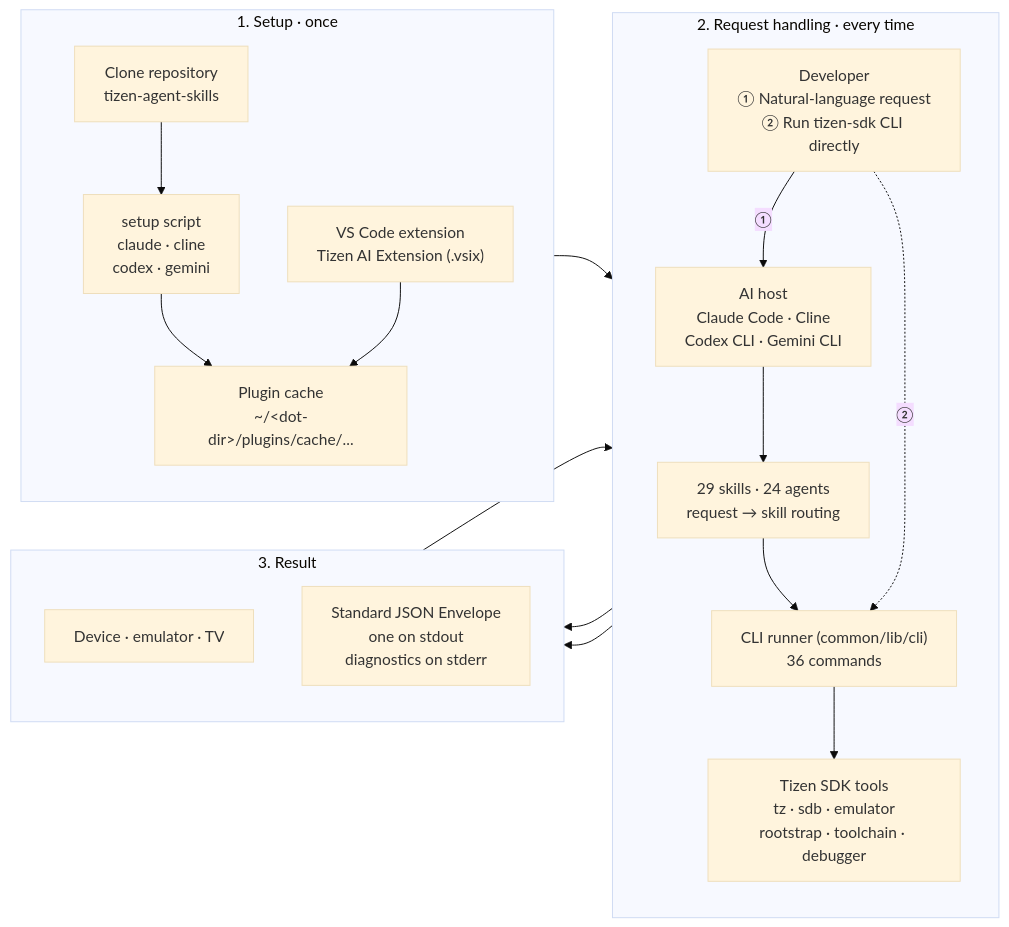
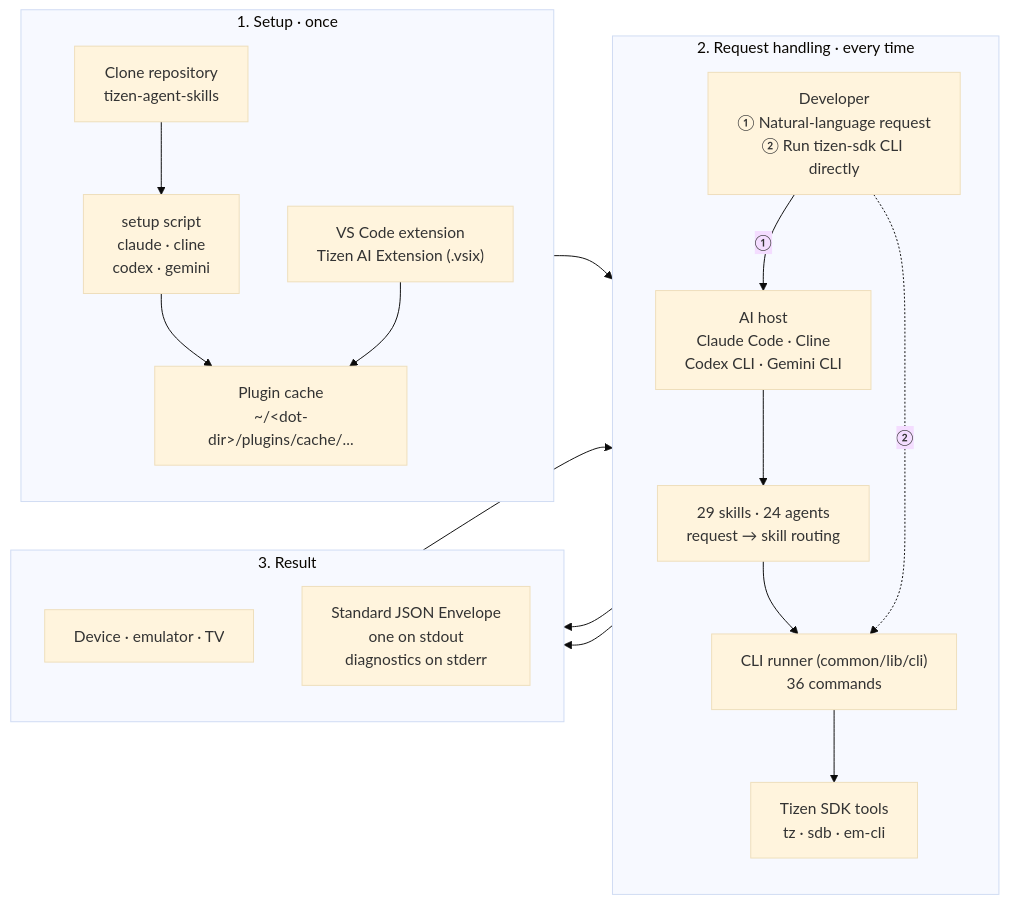
The first of 2 diagrams in tizen-sdk-skills/quick-guide.md (Samsung/tizen-agent-skills), drawn with Mermaid (base theme) before and after one commit. The commit also changed other lines of this file and 1 other file, not shown here.

First line of the commit message:
docs(tizen-sdk-skills): route the quick guide signing step back to the build

````diff
--- a/tizen-sdk-skills/quick-guide.md
+++ b/tizen-sdk-skills/quick-guide.md
@@ -11,33 +11,33 @@
 ```mermaid
 flowchart LR
     subgraph S1["1. Setup · once"]
         direction TB
         Clone["Clone repository<br/>tizen-agent-skills"] --> Setup["setup script<br/>claude · cline<br/>codex · gemini"]
         VSIX["VS Code extension<br/>Tizen AI Extension (.vsix)"]
         Setup --> Cache["Plugin cache<br/>~/&lt;dot-dir&gt;/plugins/cache/..."]
         VSIX --> Cache
     end
 
     subgraph S2["2. Request handling · every time"]
         direction TB
         Dev["Developer<br/>① Natural-language request<br/>② Run tizen-sdk CLI directly"]
         Host["AI host<br/>Claude Code · Cline<br/>Codex CLI · Gemini CLI"]
         Skill["29 skills · 24 agents<br/>request → skill routing"]
         Runner["CLI runner (common/lib/cli)<br/>36 commands"]
-        Tools["Tizen SDK tools<br/>tz · sdb · emulator<br/>rootstrap · toolchain · debugger"]
+        Tools["Tizen SDK tools<br/>tz · sdb · em-cli"]
         Dev -->|①| Host --> Skill --> Runner
         Dev -.->|②| Runner
         Runner --> Tools
     end
 
     subgraph S3["3. Result"]
         direction TB
         Target["Device · emulator · TV"]
         Env["Standard JSON Envelope<br/>one on stdout<br/>diagnostics on stderr"]
     end
 
     Cache --> Skill
     Tools --> Target
     Runner --> Env
     Env --> Host
 ```
````
